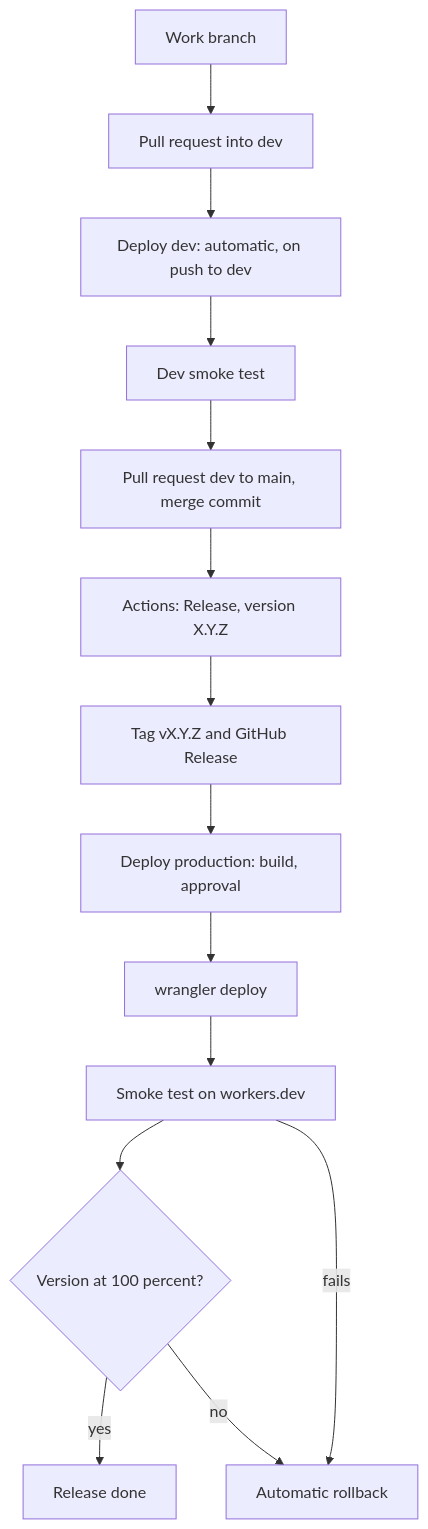
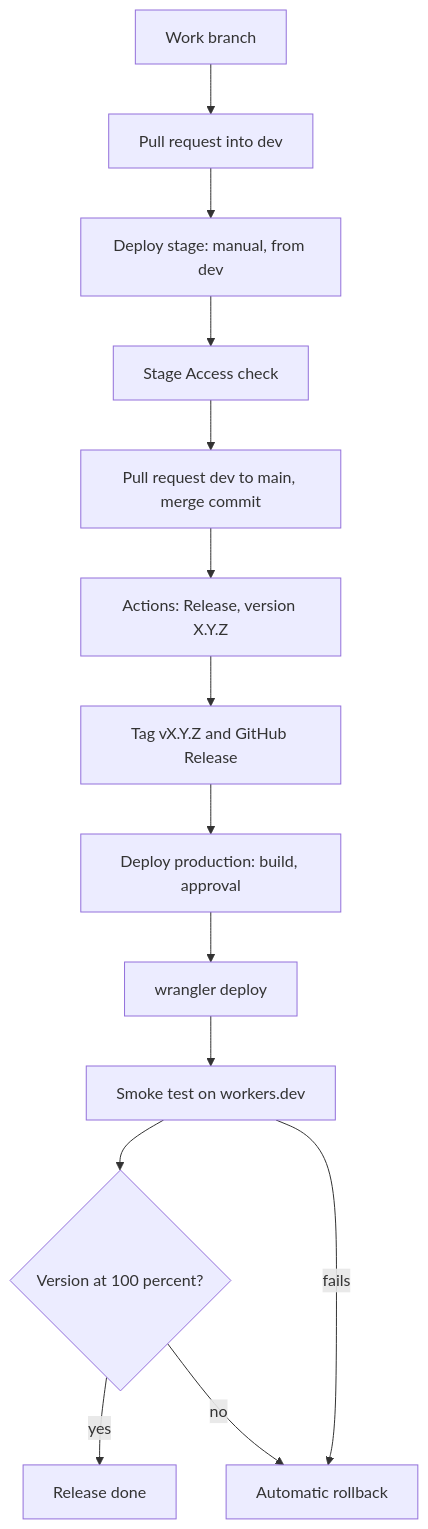
The diagram in content/runbooks/cloudflare-workers-deploy-and-rollback.md (greenblacked/Notes), drawn with Mermaid before and after one commit. The commit also changed other lines of this file and 4 other files, not shown here.

Commit message:
docs: describe the manual Deploy stage flow

````diff
--- a/content/runbooks/cloudflare-workers-deploy-and-rollback.md
+++ b/content/runbooks/cloudflare-workers-deploy-and-rollback.md
@@ -36,16 +36,16 @@
 ```mermaid
 flowchart TD
     A[Work branch] --> P[Pull request into dev]
-    P --> B[Deploy dev: automatic, on push to dev]
-    B --> C[Dev smoke test]
+    P --> B[Deploy stage: manual, from dev]
+    B --> C[Stage Access check]
     C --> M[Pull request dev to main, merge commit]
     M --> D[Actions: Release, version X.Y.Z]
     D --> E[Tag vX.Y.Z and GitHub Release]
     E --> F[Deploy production: build, approval]
     F --> G[wrangler deploy]
     G --> H[Smoke test on workers.dev]
     H --> I{Version at 100 percent?}
     I -- yes --> J[Release done]
     I -- no --> K[Automatic rollback]
     H -- fails --> K
 ```
````
